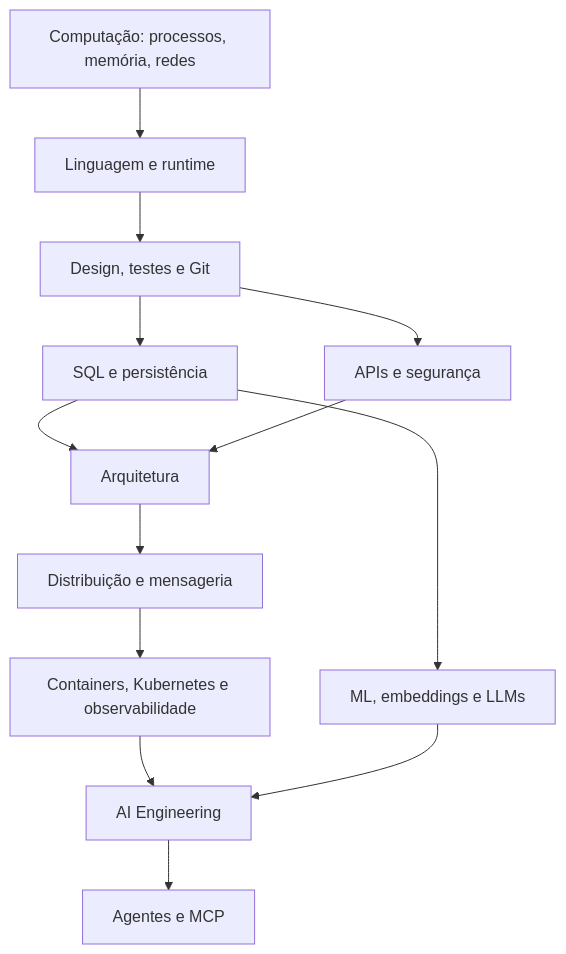
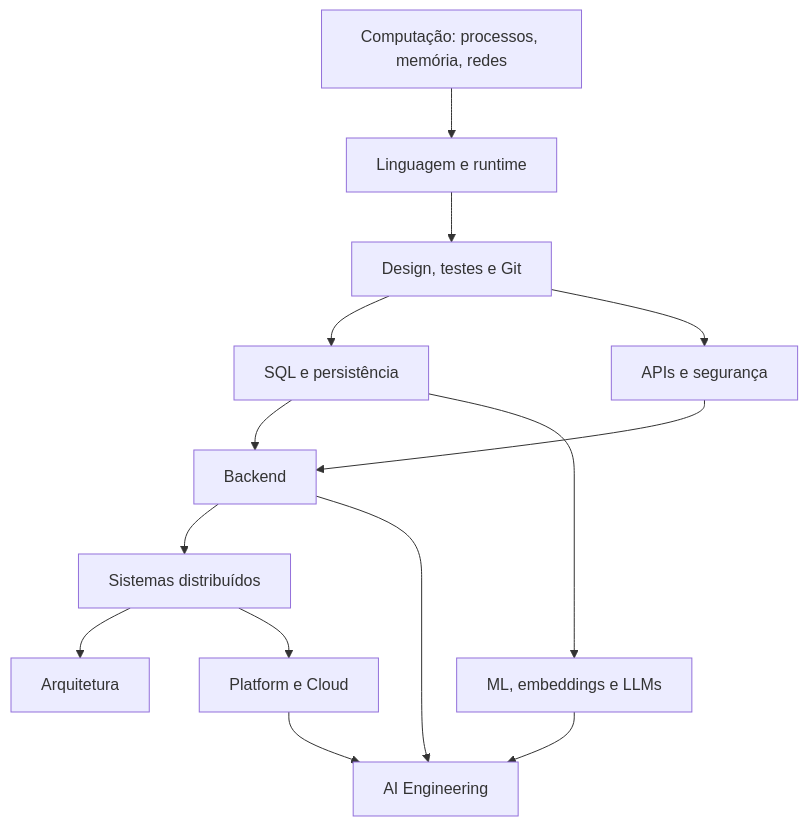
The diagram in atlas/README.md (blasther12/alexandria), drawn with Mermaid before and after one commit. The commit also changed other lines of this file, not shown here.

Commit message:
docs(atlas): turn roadmaps into evidence-based learning tracks

````diff
--- a/atlas/README.md
+++ b/atlas/README.md
@@ -22,15 +41,16 @@
 ```mermaid
 flowchart TD
     CS[Computação: processos, memória, redes] --> LANG[Linguagem e runtime]
     LANG --> PRACTICE[Design, testes e Git]
     PRACTICE --> DATA[SQL e persistência]
     PRACTICE --> API[APIs e segurança]
-    DATA --> ARCH[Arquitetura]
-    API --> ARCH
-    ARCH --> DIST[Distribuição e mensageria]
-    DIST --> OPS[Containers, Kubernetes e observabilidade]
+    DATA --> BACK[Backend]
+    API --> BACK
+    BACK --> DIST[Sistemas distribuídos]
+    DIST --> ARCH[Arquitetura]
+    DIST --> PLATFORM[Platform e Cloud]
     DATA --> ML[ML, embeddings e LLMs]
-    OPS --> AIE[AI Engineering]
+    BACK --> AIE[AI Engineering]
     ML --> AIE
-    AIE --> AGENTS[Agentes e MCP]
+    PLATFORM --> AIE
 ```
````
